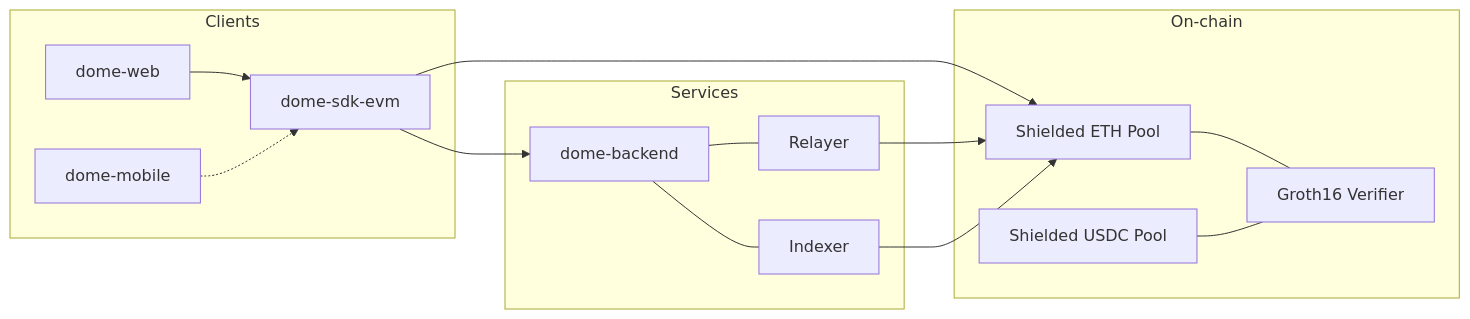
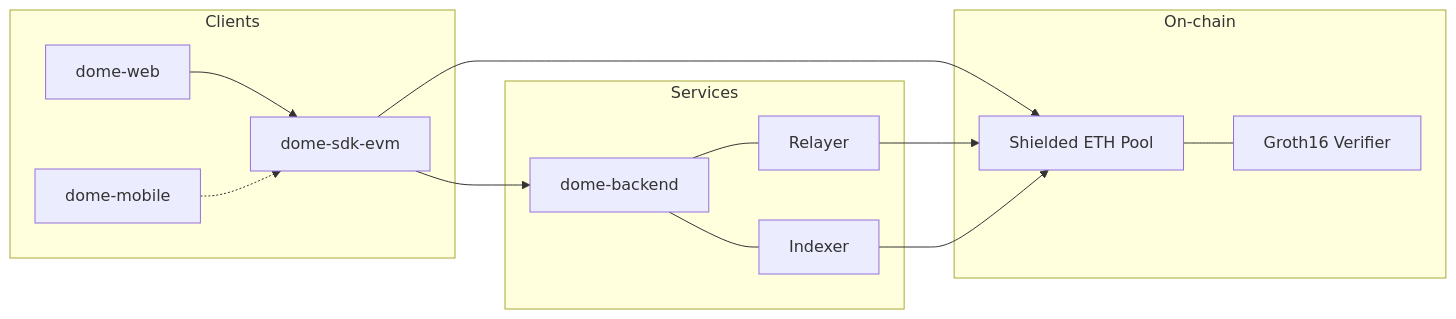
The diagram in README.md (dome-fdn/dome-fdn), drawn with Mermaid before and after one commit. The commit also changed other lines of this file, not shown here.

````diff
--- a/README.md
+++ b/README.md
@@ -101,31 +99,29 @@
 ```mermaid
 flowchart LR
   subgraph Clients
     W[dome-web]
     M[dome-mobile]
     S[dome-sdk-evm]
   end
 
   subgraph Services
     B[dome-backend]
     I[Indexer]
     R[Relayer]
     B --- I
     B --- R
   end
 
   subgraph On-chain
     P[Shielded ETH Pool]
-    U[Shielded USDC Pool]
     V[Groth16 Verifier]
     P --- V
-    U --- V
   end
 
   W --> S
   M -.-> S
   S --> B
   S --> P
   R --> P
   I --> P
 ```
````
